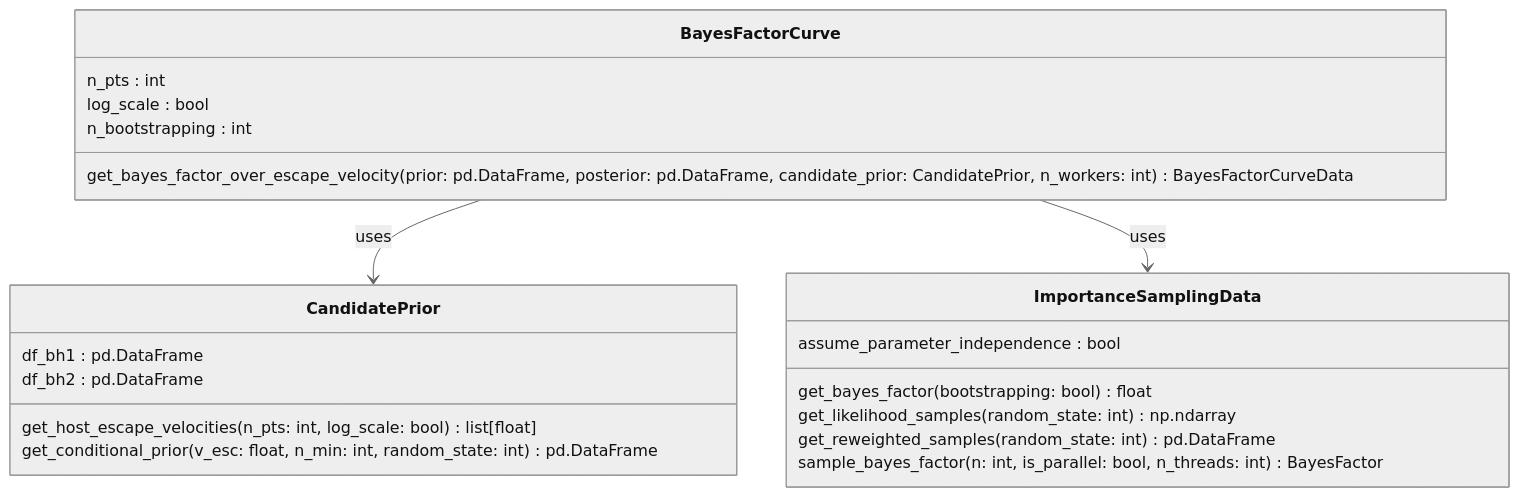
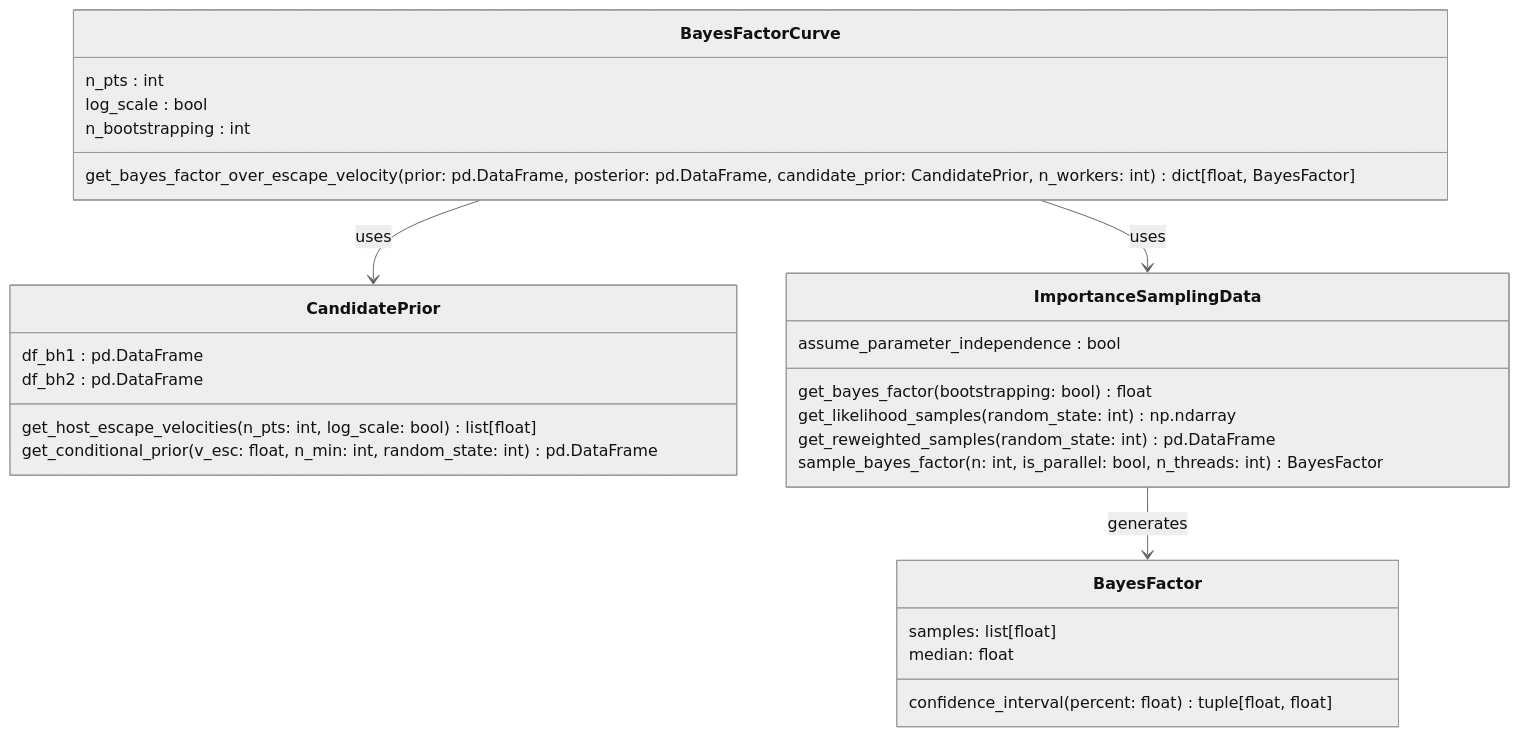
Before and after one commit to wyhwong/archeo: the sixth of 6 diagrams in src/docs/code-overview.md, drawn with Mermaid (neutral theme). The commit also changed other lines of this file and 2 other files, not shown here.

````diff
--- a/src/docs/code-overview.md
+++ b/src/docs/code-overview.md
@@ -245,27 +267,34 @@
-``` mermaid
+```mermaid
 classDiagram
   class CandidatePrior {
     df_bh1 : pd.DataFrame
     df_bh2 : pd.DataFrame
     get_host_escape_velocities(n_pts: int, log_scale: bool) list[float]
     get_conditional_prior(v_esc: float, n_min: int, random_state: int) pd.DataFrame
   }
 
   class BayesFactorCurve {
     n_pts : int
     log_scale : bool
     n_bootstrapping : int
-    get_bayes_factor_over_escape_velocity(prior: pd.DataFrame, posterior: pd.DataFrame, candidate_prior: CandidatePrior, n_workers: int) BayesFactorCurveData
+    get_bayes_factor_over_escape_velocity(prior: pd.DataFrame, posterior: pd.DataFrame, candidate_prior: CandidatePrior, n_workers: int) dict[float, BayesFactor]
   }
 
   class ImportanceSamplingData {
     assume_parameter_independence : bool
     get_bayes_factor(bootstrapping: bool) float
     get_likelihood_samples(random_state: int) np.ndarray
     get_reweighted_samples(random_state: int) pd.DataFrame
     sample_bayes_factor(n: int, is_parallel: bool, n_threads: int) BayesFactor
   }
 
+  class BayesFactor {
+    samples: list[float]
+    median: float
+    confidence_interval(percent: float) tuple[float, float]
+  }
+
   BayesFactorCurve --> CandidatePrior : uses
   BayesFactorCurve --> ImportanceSamplingData : uses
+  ImportanceSamplingData --> BayesFactor : generates
 ```
````
